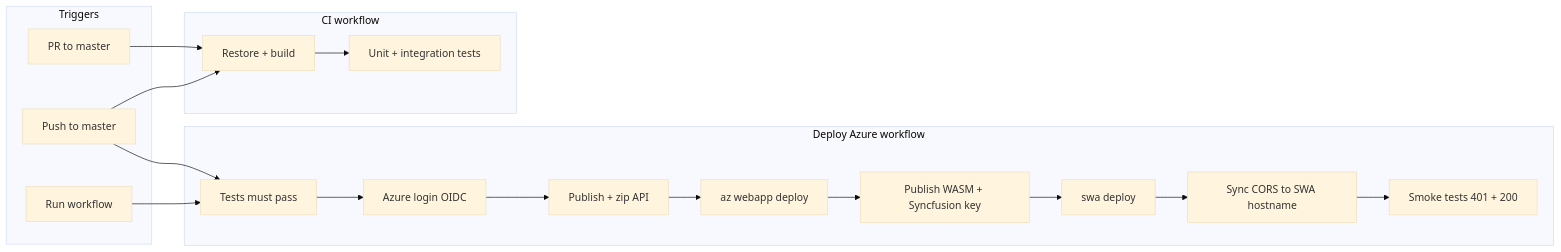
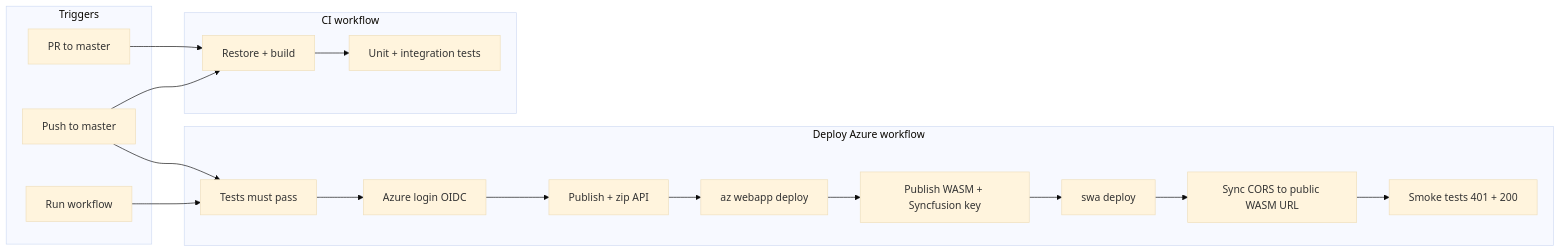
The diagram in docs/github-actions.md (jpridx/KaraokeList), drawn with Mermaid (base theme) before and after one commit. The commit also changed other lines of this file and 1 other file, not shown here.

First line of the commit message:
Point deploy workflow CORS at karaoke.johnprideaux.net.

````diff
--- a/docs/github-actions.md
+++ b/docs/github-actions.md
@@ -15,31 +15,31 @@
 ```mermaid
 flowchart LR
   subgraph triggers [Triggers]
     PR[PR to master]
     Push[Push to master]
     Manual[Run workflow]
   end
 
   subgraph ci [CI workflow]
     Build[Restore + build]
     Tests[Unit + integration tests]
   end
 
   subgraph deploy [Deploy Azure workflow]
     Gate[Tests must pass]
     OIDC[Azure login OIDC]
     ApiPub[Publish + zip API]
     ApiDep[az webapp deploy]
     WasmPub[Publish WASM + Syncfusion key]
     WasmDep[swa deploy]
-    Cors[Sync CORS to SWA hostname]
+    Cors[Sync CORS to public WASM URL]
     Smoke[Smoke tests 401 + 200]
   end
 
   PR --> Build
   Push --> Build
   Push --> Gate
   Manual --> Gate
   Build --> Tests
   Gate --> OIDC --> ApiPub --> ApiDep --> WasmPub --> WasmDep --> Cors --> Smoke
 ```
````
